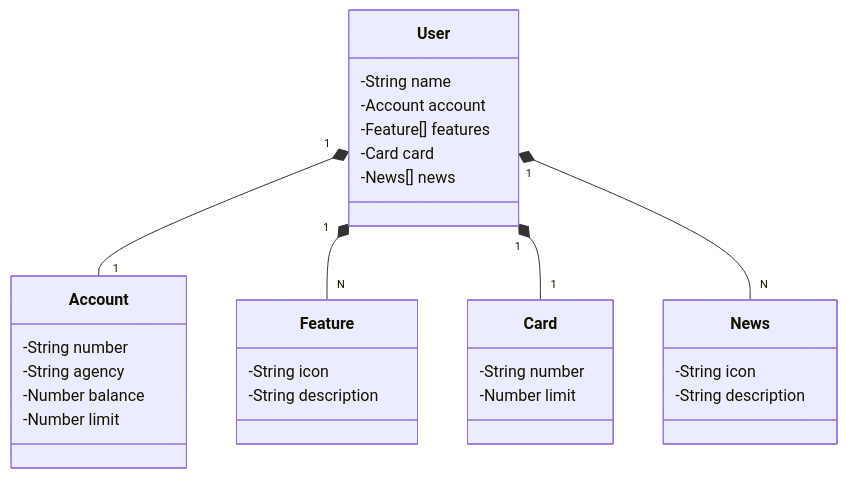
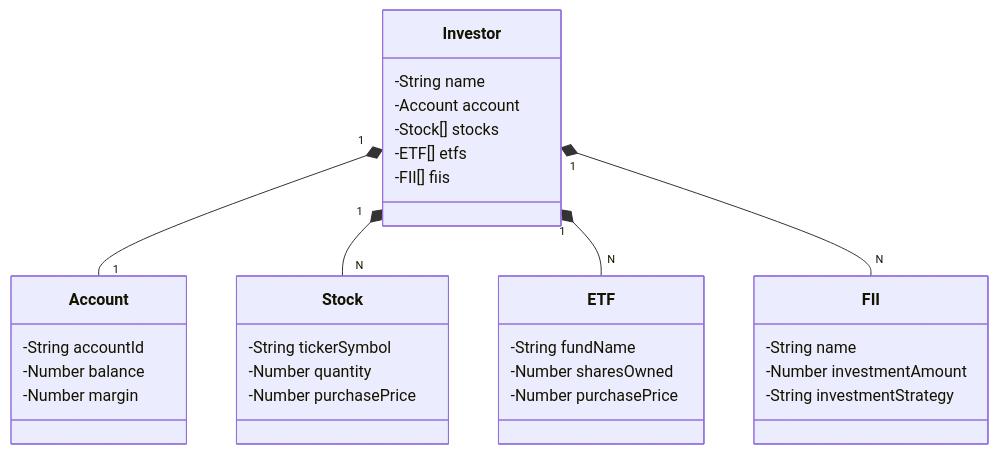
Before and after one commit to JoaoTeles87/ProjetoFullStack: the diagram in ProjetoFullStack--2.0/README.md, drawn with Mermaid.

````diff
--- a/ProjetoFullStack--2.0/README.md
+++ b/ProjetoFullStack--2.0/README.md
@@ -18,37 +18,40 @@
 ```mermaid
 classDiagram
-  class User {
+  class Investor {
     -String name
     -Account account
-    -Feature[] features
-    -Card card
-    -News[] news
+    -Stock[] stocks
+    -ETF[] etfs
+    -FII[] fiis
   }
 
   class Account {
-    -String number
-    -String agency
+    -String accountId
     -Number balance
-    -Number limit
+    -Number margin
   }
 
-  class Feature {
-    -String icon
-    -String description
+  class Stock {
+    -String tickerSymbol
+    -Number quantity
+    -Number purchasePrice
   }
 
-  class Card {
-    -String number
-    -Number limit
+  class ETF {
+    -String fundName
+    -Number sharesOwned
+    -Number purchasePrice
   }
 
-  class News {
-    -String icon
-    -String description
+  class FII {
+    -String name
+    -Number investmentAmount
+    -String investmentStrategy
   }
 
-  User "1" *-- "1" Account
-  User "1" *-- "N" Feature
-  User "1" *-- "1" Card
-  User "1" *-- "N" News
+  Investor "1" *-- "1" Account
+  Investor "1" *-- "N" Stock
+  Investor "1" *-- "N" ETF
+  Investor "1" *-- "N" FII
+
 ```
````
